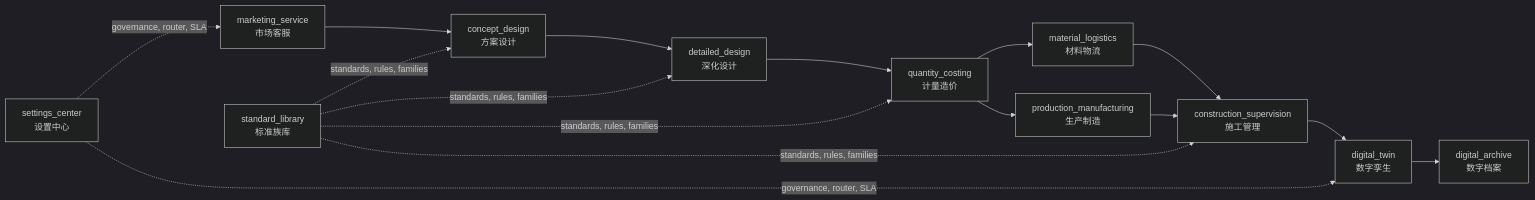
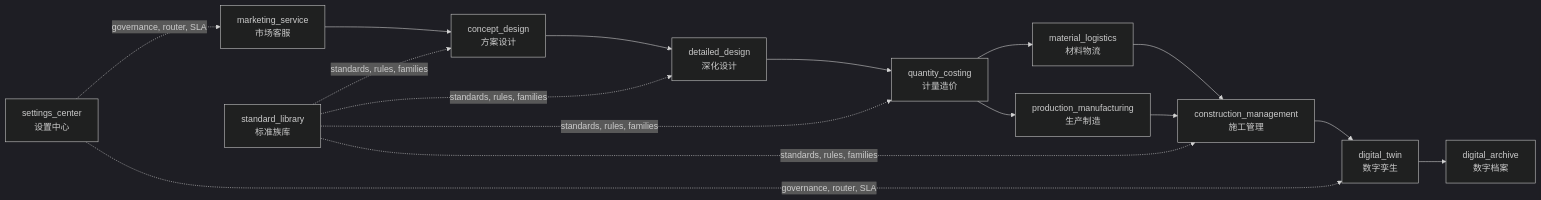
One commit to ActiveInAI/ArchIToken changed the second of 12 diagrams in docs/04_ARCHITOKEN_PANORAMA.md. Above: the diagram before and after it, drawn with Mermaid (dark theme). The commit also changed 242 other files, not shown here.

Commit message:
fix(module): rename construction management id

````diff
--- a/docs/04_ARCHITOKEN_PANORAMA.md
+++ b/docs/04_ARCHITOKEN_PANORAMA.md
@@ -45,31 +45,31 @@
 ```mermaid
 flowchart LR
   M1["marketing_service<br/>市场客服"]
   M2["concept_design<br/>方案设计"]
   M3["standard_library<br/>标准族库"]
   M4["detailed_design<br/>深化设计"]
   M5["quantity_costing<br/>计量造价"]
   M6["material_logistics<br/>材料物流"]
   M7["production_manufacturing<br/>生产制造"]
-  M8["construction_supervision<br/>施工管理"]
+  M8["construction_management<br/>施工管理"]
   M9["digital_twin<br/>数字孪生"]
   M10["digital_archive<br/>数字档案"]
   M11["settings_center<br/>设置中心"]
 
   M1 --> M2
   M2 --> M4
   M4 --> M5
   M5 --> M6
   M5 --> M7
   M6 --> M8
   M7 --> M8
   M8 --> M9
   M9 --> M10
 
   M3 -. standards, rules, families .-> M2
   M3 -. standards, rules, families .-> M4
   M3 -. standards, rules, families .-> M5
   M3 -. standards, rules, families .-> M8
   M11 -. governance, router, SLA .-> M1
   M11 -. governance, router, SLA .-> M9
 ```
````
